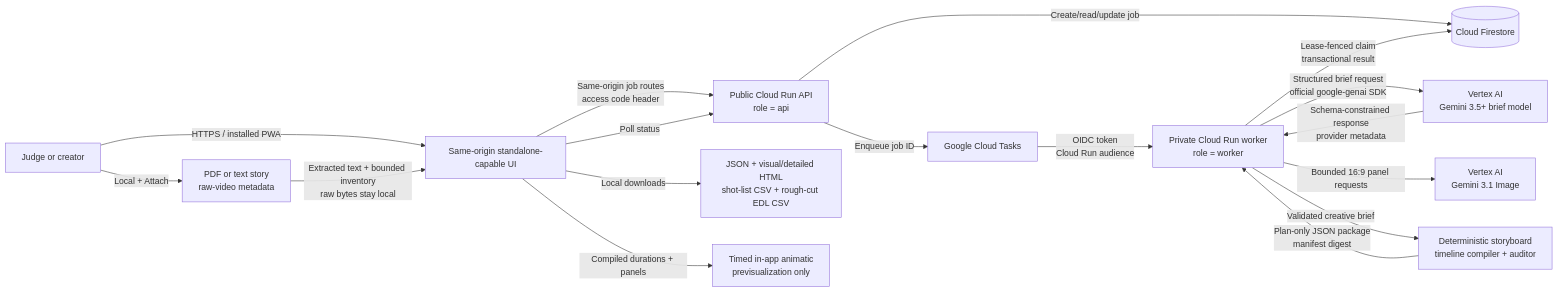
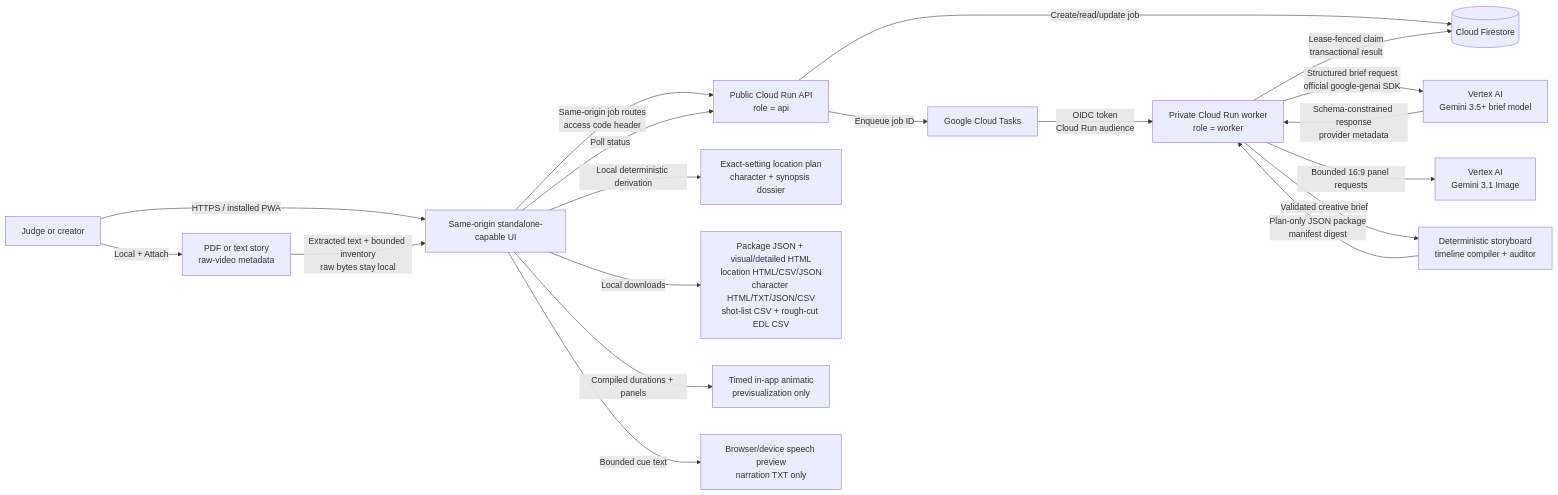
Before and after one commit to rmcmurrer81/video-studio-production-director: the first of 2 diagrams in docs/ARCHITECTURE.md, drawn with Mermaid. The commit also changed other lines of this file and 5 other files, not shown here.

Commit message:
Add production planning dossiers and pitch preview

````diff
--- a/docs/ARCHITECTURE.md
+++ b/docs/ARCHITECTURE.md
@@ -5,19 +5,21 @@
 ```mermaid
 flowchart LR
     User[Judge or creator] -->|HTTPS / installed PWA| UI[Same-origin standalone-capable UI]
     User -->|Local + Attach| LocalSources[PDF or text story<br/>raw-video metadata]
     LocalSources -->|Extracted text + bounded inventory<br/>raw bytes stay local| UI
     UI -->|Same-origin job routes<br/>access code header| API[Public Cloud Run API<br/>role = api]
     API -->|Create/read/update job| DB[(Cloud Firestore)]
     API -->|Enqueue job ID| Queue[Google Cloud Tasks]
     Queue -->|OIDC token<br/>Cloud Run audience| Worker[Private Cloud Run worker<br/>role = worker]
     Worker -->|Lease-fenced claim<br/>transactional result| DB
     Worker -->|Structured brief request<br/>official google-genai SDK| Vertex[Vertex AI<br/>Gemini 3.5+ brief model]
     Worker -->|Bounded 16:9 panel requests| ImageModel[Vertex AI<br/>Gemini 3.1 Image]
     Vertex -->|Schema-constrained response<br/>provider metadata| Worker
     Worker -->|Validated creative brief| Compiler[Deterministic storyboard<br/>timeline compiler + auditor]
     Compiler -->|Plan-only JSON package<br/>manifest digest| Worker
     UI -->|Poll status| API
-    UI -->|Local downloads| Package[JSON + visual/detailed HTML<br/>shot-list CSV + rough-cut EDL CSV]
+    UI -->|Local deterministic derivation| Handoffs[Exact-setting location plan<br/>character + synopsis dossier]
+    UI -->|Local downloads| Package[Package JSON + visual/detailed HTML<br/>location HTML/CSV/JSON<br/>character HTML/TXT/JSON/CSV<br/>shot-list CSV + rough-cut EDL CSV]
     UI -->|Compiled durations + panels| Animatic[Timed in-app animatic<br/>previsualization only]
+    UI -->|Bounded cue text| Pitch[Browser/device speech preview<br/>narration TXT only]
 ```
````
